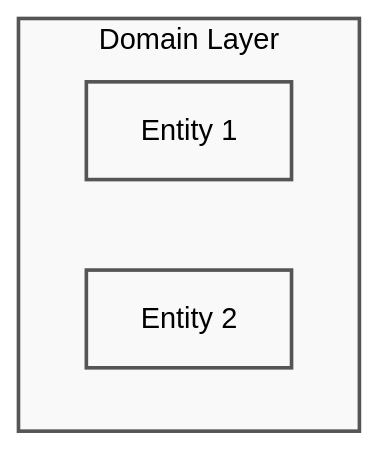
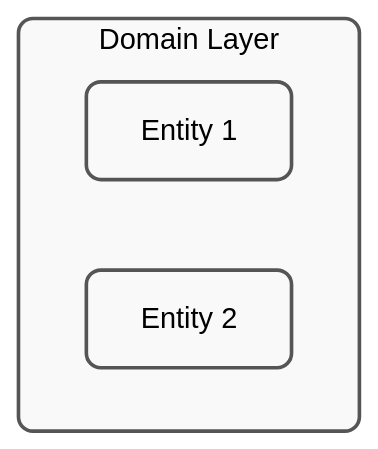
The second of 7 diagrams in MERMAID_STYLE_GUIDE.md (underpass-ai/swe-ai-fleet), drawn with Mermaid before and after one commit. The commit also changed other lines of this file and 1 other file, not shown here.

First line of the commit message:
docs: add rounded corners to mermaid standard pattern - final polish

````diff
--- a/MERMAID_STYLE_GUIDE.md
+++ b/MERMAID_STYLE_GUIDE.md
@@ -89,11 +90,11 @@
 ```mermaid
 graph TD
     subgraph Domain["Domain Layer"]
         D1["Entity 1"]
         D2["Entity 2"]
     end
     
-    style Domain stroke:#555,stroke-width:2px,fill:#f9f9f9,color:#000
-    style D1 stroke:#555,stroke-width:2px,fill:#f9f9f9,color:#000
-    style D2 stroke:#555,stroke-width:2px,fill:#f9f9f9,color:#000
+    style Domain stroke:#555,stroke-width:2px,fill:#f9f9f9,color:#000,rx:8,ry:8
+    style D1 stroke:#555,stroke-width:2px,fill:#f9f9f9,color:#000,rx:8,ry:8
+    style D2 stroke:#555,stroke-width:2px,fill:#f9f9f9,color:#000,rx:8,ry:8
 ```
````
